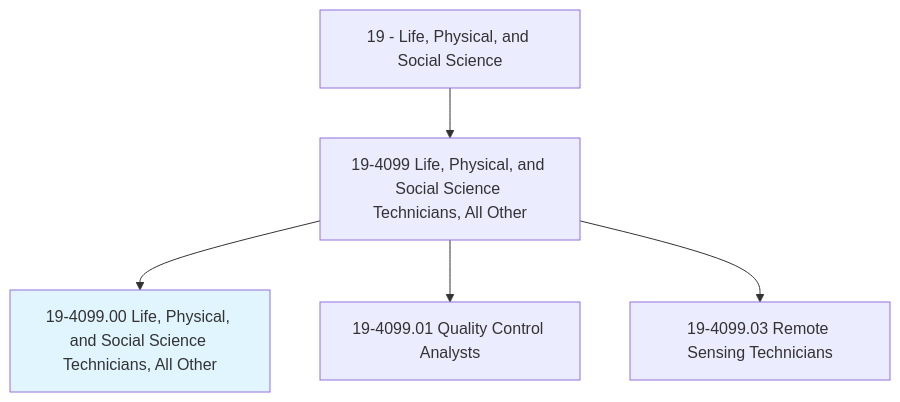
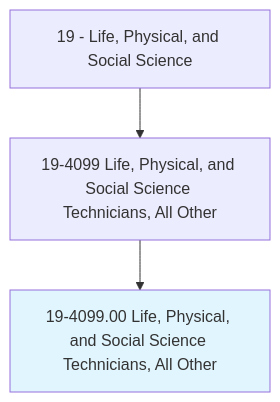
The first of 4 diagrams in occupations/Science/LifePhysicalAndSocialScienceTechnicians.mdx (kziemski/business.org.ai), drawn with Mermaid before and after one commit. The commit also changed other lines of this file and 938 other files, not shown here.

````diff
--- a/occupations/Science/LifePhysicalAndSocialScienceTechnicians.mdx
+++ b/occupations/Science/LifePhysicalAndSocialScienceTechnicians.mdx
@@ -19,8 +23,6 @@
 ```mermaid
 graph TD
     Cat19["19 - Life, Physical, and Social Science"] --> Group194099["19-4099 Life, Physical, and Social Science Technicians, All Other"]
     Group194099 --> Current["19-4099.00 Life, Physical, and Social Science Technicians, All Other"]
     style Current fill:#e1f5fe
-    Group194099 --> V19409901["19-4099.01 Quality Control Analysts"]
-    Group194099 --> V19409903["19-4099.03 Remote Sensing Technicians"]
 ```
````
